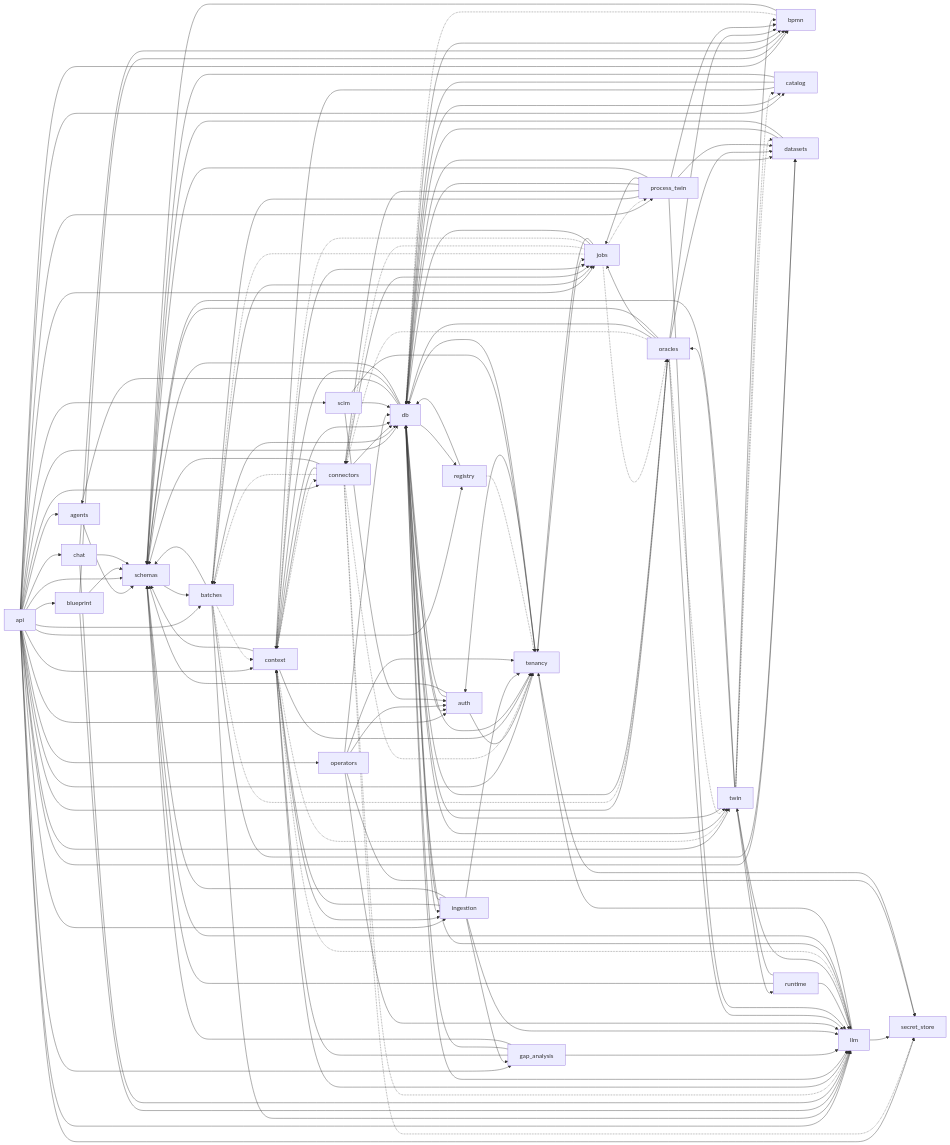
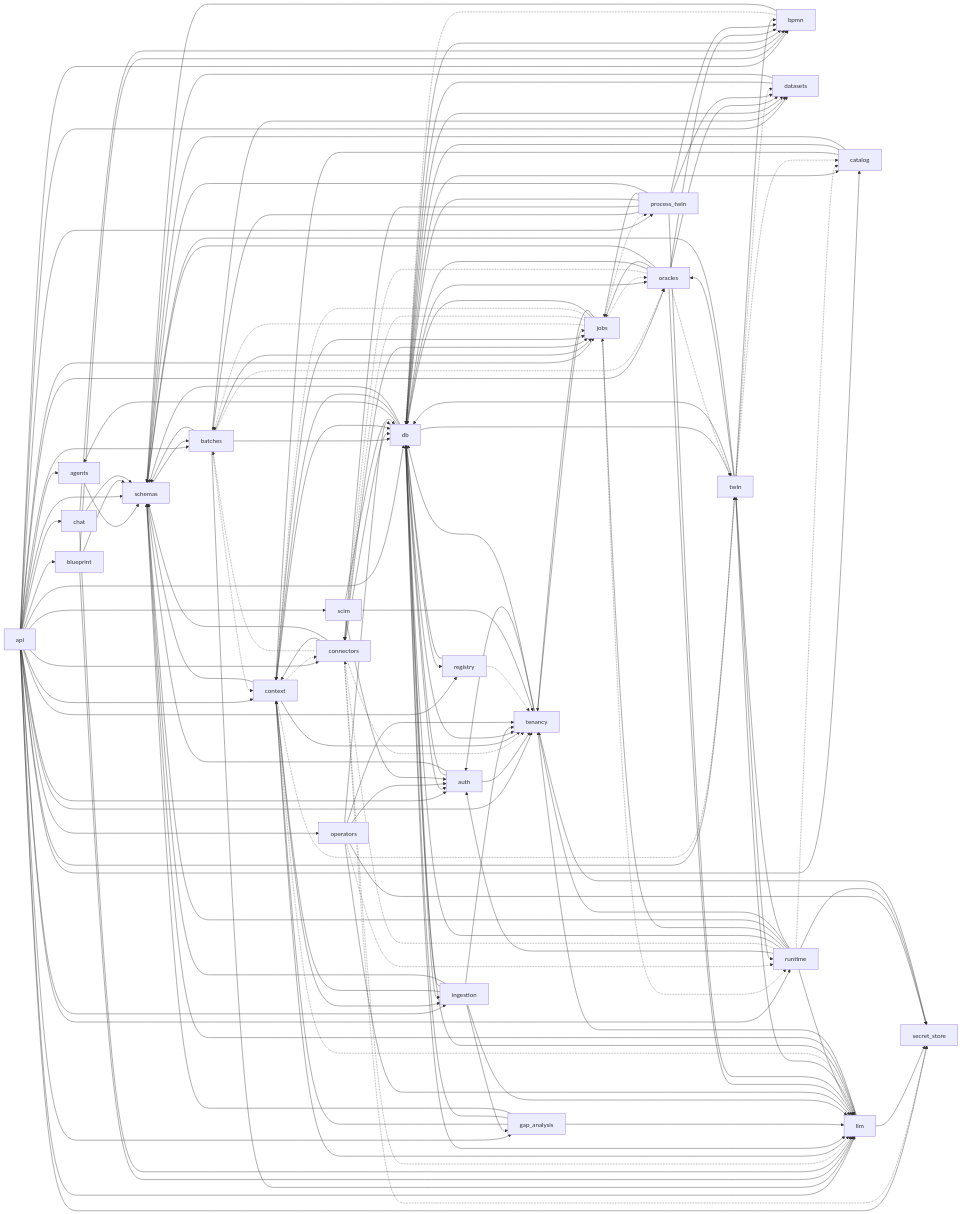
One commit to jayendukumar/agentify changed the third of 8 diagrams in docs/wiki/Architecture.md. Above: the diagram before and after it, drawn with Mermaid. The commit also changed other lines of this file and 37 other files, not shown here.

```diff
--- a/docs/wiki/Architecture.md
+++ b/docs/wiki/Architecture.md
@@ -144,6 +144,7 @@
     api --> oracles
     api --> process_twin
     api --> registry
+    api --> runtime
     api --> schemas
     api --> scim
     api --> secret_store
@@ -217,6 +218,7 @@
     jobs --> db
     jobs -.-> oracles
     jobs -.-> process_twin
+    jobs -.-> runtime
     jobs --> tenancy
     llm -.-> context
     llm --> db
@@ -226,6 +228,7 @@
     operators --> auth
     operators --> db
     operators --> llm
+    operators -.-> runtime
     operators --> secret_store
     operators --> tenancy
     oracles --> bpmn
@@ -246,8 +249,15 @@
     process_twin --> schemas
     registry --> db
     registry -.-> tenancy
+    runtime --> auth
+    runtime -.-> catalog
+    runtime -.-> connectors
+    runtime --> db
+    runtime --> jobs
     runtime --> llm
     runtime --> schemas
+    runtime --> secret_store
+    runtime --> tenancy
     runtime --> twin
     schemas --> batches
     scim --> auth
```
